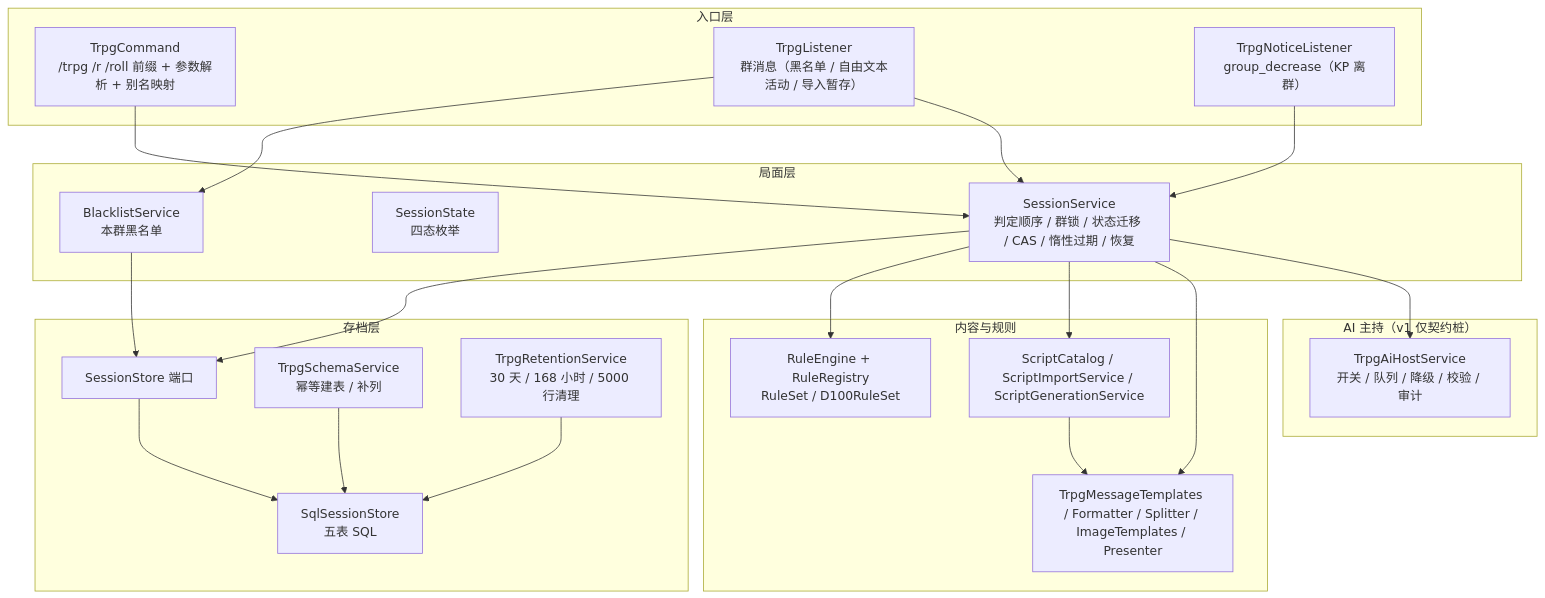
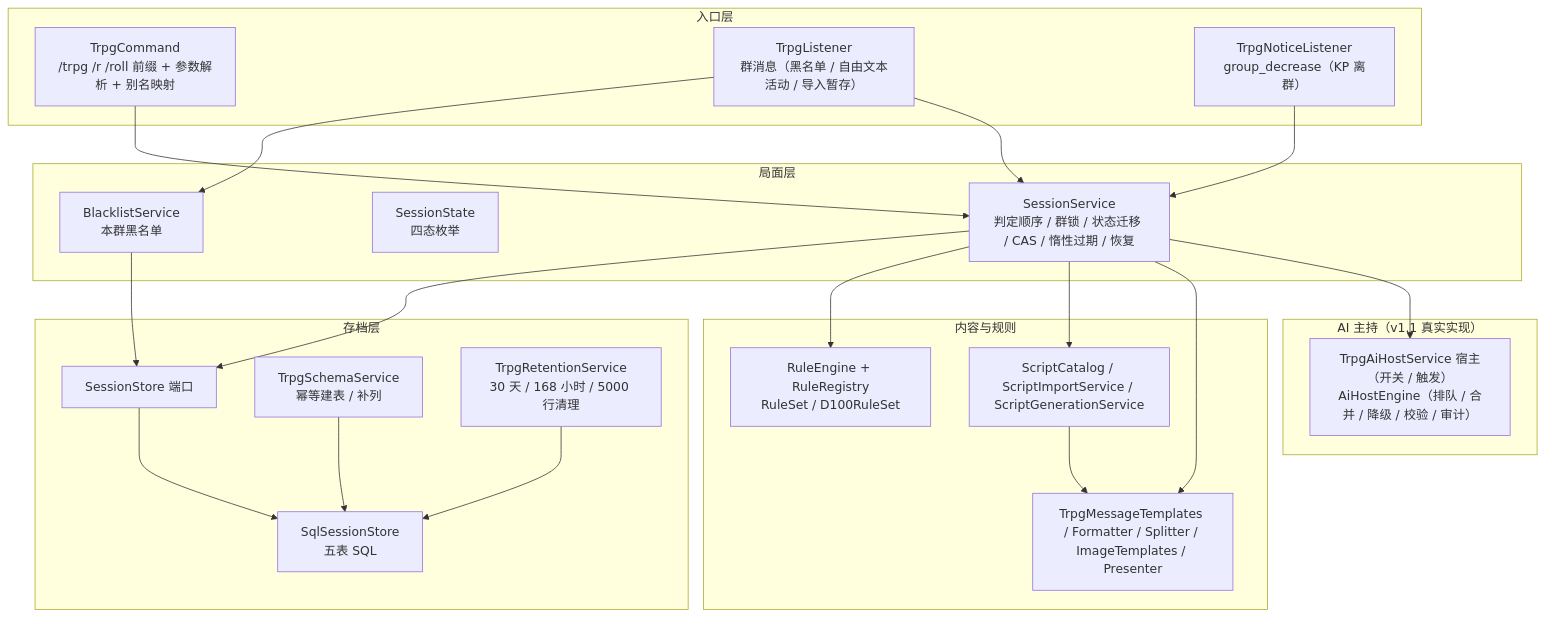
One commit to 884020583/MBB-Plugins changed the diagram in docs/MBB-Trpg.md. Above: the diagram before and after it, drawn with Mermaid. The commit also changed other lines of this file and 30 other files, not shown here.

````diff
--- a/docs/MBB-Trpg.md
+++ b/docs/MBB-Trpg.md
@@ -109,46 +109,46 @@
 ```mermaid
 flowchart TD
     subgraph ENTRY["入口层"]
         C1["TrpgCommand<br/>/trpg /r /roll 前缀 + 参数解析 + 别名映射"]
         L1["TrpgListener<br/>群消息（黑名单 / 自由文本活动 / 导入暂存）"]
         N1["TrpgNoticeListener<br/>group_decrease（KP 离群）"]
     end
 
     subgraph CORE["局面层"]
         S1["SessionService<br/>判定顺序 / 群锁 / 状态迁移 / CAS / 惰性过期 / 恢复"]
         S2["SessionState<br/>四态枚举"]
         S3["BlacklistService<br/>本群黑名单"]
     end
 
     subgraph CONTENT["内容与规则"]
         R1["RuleEngine + RuleRegistry<br/>RuleSet / D100RuleSet"]
         P1["ScriptCatalog / ScriptImportService / ScriptGenerationService"]
         P2["TrpgMessageTemplates / Formatter / Splitter / ImageTemplates / Presenter"]
     end
 
     subgraph STORE["存档层"]
         D1["SessionStore 端口"]
         D2["SqlSessionStore<br/>五表 SQL"]
         D3["TrpgSchemaService<br/>幂等建表 / 补列"]
         D4["TrpgRetentionService<br/>30 天 / 168 小时 / 5000 行清理"]
     end
 
-    subgraph AI["AI 主持（v1 仅契约桩）"]
-        A1["TrpgAiHostService<br/>开关 / 队列 / 降级 / 校验 / 审计"]
+    subgraph AI["AI 主持（v1.1 真实实现）"]
+        A1["TrpgAiHostService 宿主（开关 / 触发）<br/>AiHostEngine（排队 / 合并 / 降级 / 校验 / 审计）"]
     end
 
     C1 --> S1
     L1 --> S3
     L1 --> S1
     N1 --> S1
     S1 --> D1
     S1 --> R1
     S1 --> P1
     S1 --> P2
     S1 --> A1
     S3 --> D1
     D1 --> D2
     D3 --> D2
     D4 --> D2
     P1 --> P2
 ```
````
